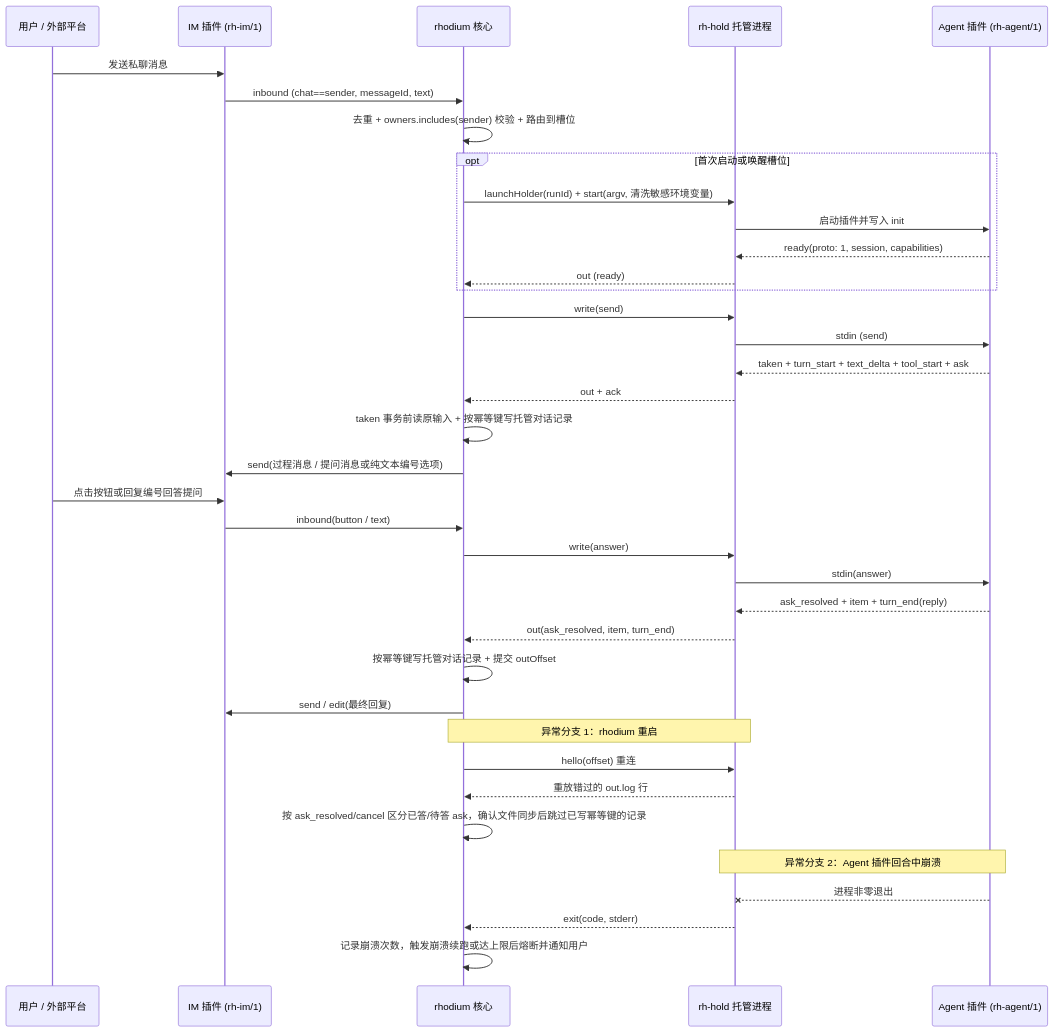
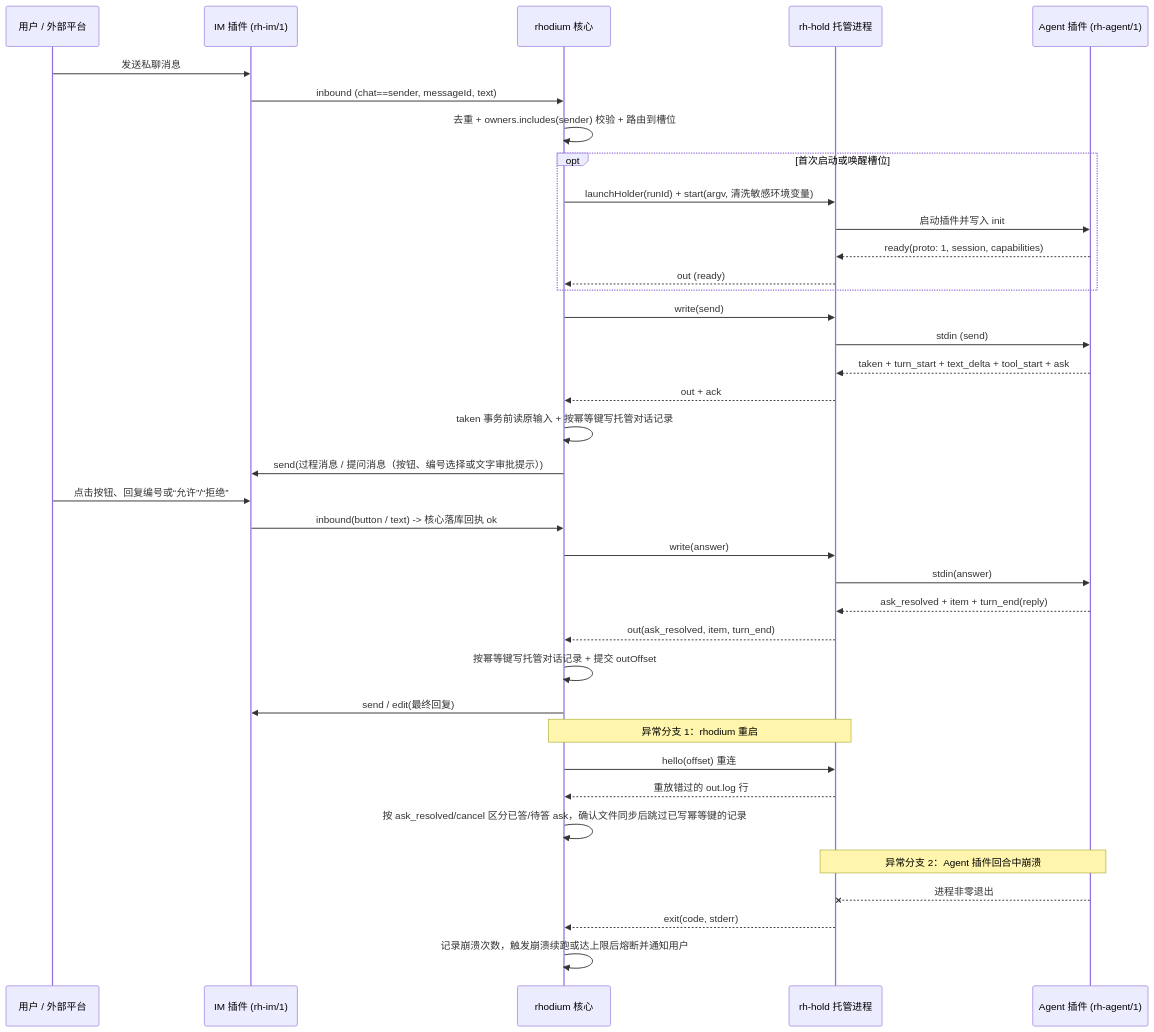
The second of 3 diagrams in docs/spec/plugins.md (Rhapsody0x1/Rhodium-OSS), drawn with Mermaid before and after one commit. The commit also changed other lines of this file, not shown here.

Commit message:
docs: require inbound ack, non-blocking SDK dispatch, unknown outcome, and official WeChat login protocol

````diff
--- a/docs/spec/plugins.md
+++ b/docs/spec/plugins.md
@@ -80,42 +80,42 @@
 ```mermaid
 sequenceDiagram
   participant U as 用户 / 外部平台
   participant IM as IM 插件 (rh-im/1)
   participant C as rhodium 核心
   participant H as rh-hold 托管进程
   participant A as Agent 插件 (rh-agent/1)
 
   U->>IM: 发送私聊消息
   IM->>C: inbound (chat==sender, messageId, text)
   C->>C: 去重 + owners.includes(sender) 校验 + 路由到槽位
   opt 首次启动或唤醒槽位
     C->>H: launchHolder(runId) + start(argv, 清洗敏感环境变量)
     H->>A: 启动插件并写入 init
     A-->>H: ready(proto: 1, session, capabilities)
     H-->>C: out (ready)
   end
   C->>H: write(send)
   H->>A: stdin (send)
   A-->>H: taken + turn_start + text_delta + tool_start + ask
   H-->>C: out + ack
   C->>C: taken 事务前读原输入 + 按幂等键写托管对话记录
-  C->>IM: send(过程消息 / 提问消息或纯文本编号选项)
-  U->>IM: 点击按钮或回复编号回答提问
-  IM->>C: inbound(button / text)
+  C->>IM: send(过程消息 / 提问消息（按钮、编号选择或文字审批提示）)
+  U->>IM: 点击按钮、回复编号或“允许”/“拒绝”
+  IM->>C: inbound(button / text) -> 核心落库回执 ok
   C->>H: write(answer)
   H->>A: stdin(answer)
   A-->>H: ask_resolved + item + turn_end(reply)
   H-->>C: out(ask_resolved, item, turn_end)
   C->>C: 按幂等键写托管对话记录 + 提交 outOffset
   C->>IM: send / edit(最终回复)
 
   Note over C,H: 异常分支 1：rhodium 重启
   C->>H: hello(offset) 重连
   H-->>C: 重放错过的 out.log 行
   C->>C: 按 ask_resolved/cancel 区分已答/待答 ask，确认文件同步后跳过已写幂等键的记录
 
   Note over H,A: 异常分支 2：Agent 插件回合中崩溃
   A--xH: 进程非零退出
   H-->>C: exit(code, stderr)
   C->>C: 记录崩溃次数，触发崩溃续跑或达上限后熔断并通知用户
 ```
````
